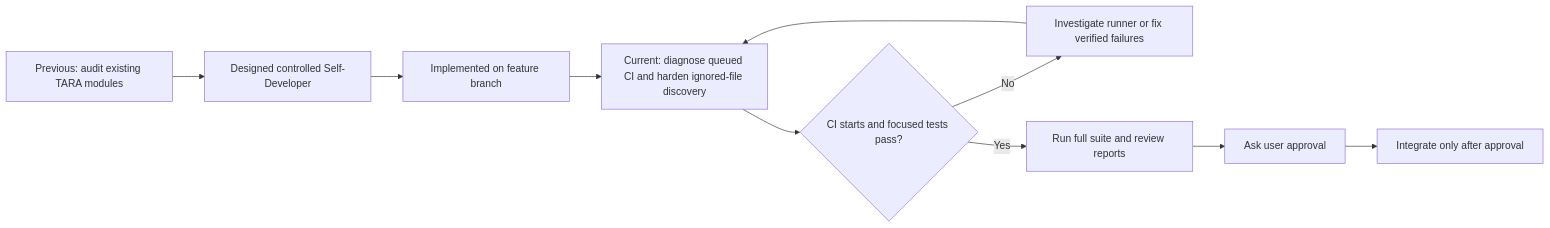
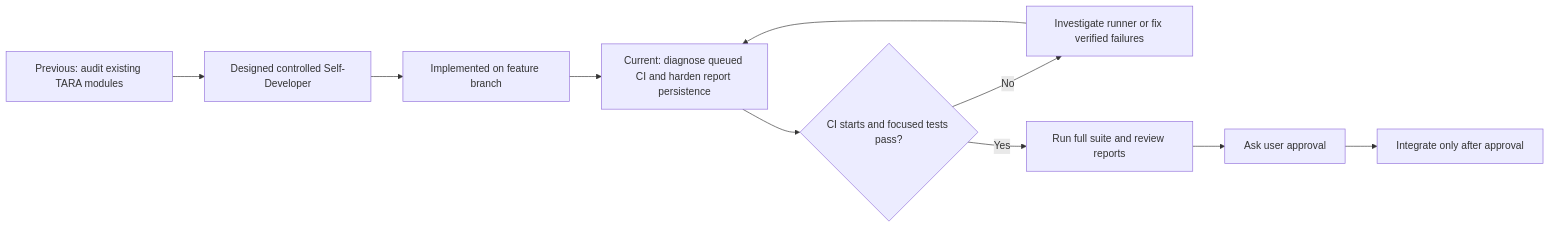
One commit to deathkernel/TARA changed the second of 8 diagrams in README.md. Above: the diagram before and after it, drawn with Mermaid. The commit also changed other lines of this file, not shown here.

Commit message:
docs: record self-developer report persistence audit

````diff
--- a/README.md
+++ b/README.md
@@ -30,12 +30,12 @@
 ```mermaid
 flowchart LR
     P[Previous: audit existing TARA modules] --> D[Designed controlled Self-Developer]
     D --> I[Implemented on feature branch]
-    I --> C[Current: diagnose queued CI and harden ignored-file discovery]
+    I --> C[Current: diagnose queued CI and harden report persistence]
     C --> H{CI starts and focused tests pass?}
     H -- No --> F[Investigate runner or fix verified failures]
     F --> C
     H -- Yes --> R[Run full suite and review reports]
     R --> A[Ask user approval]
     A --> G[Integrate only after approval]
 ```
````
